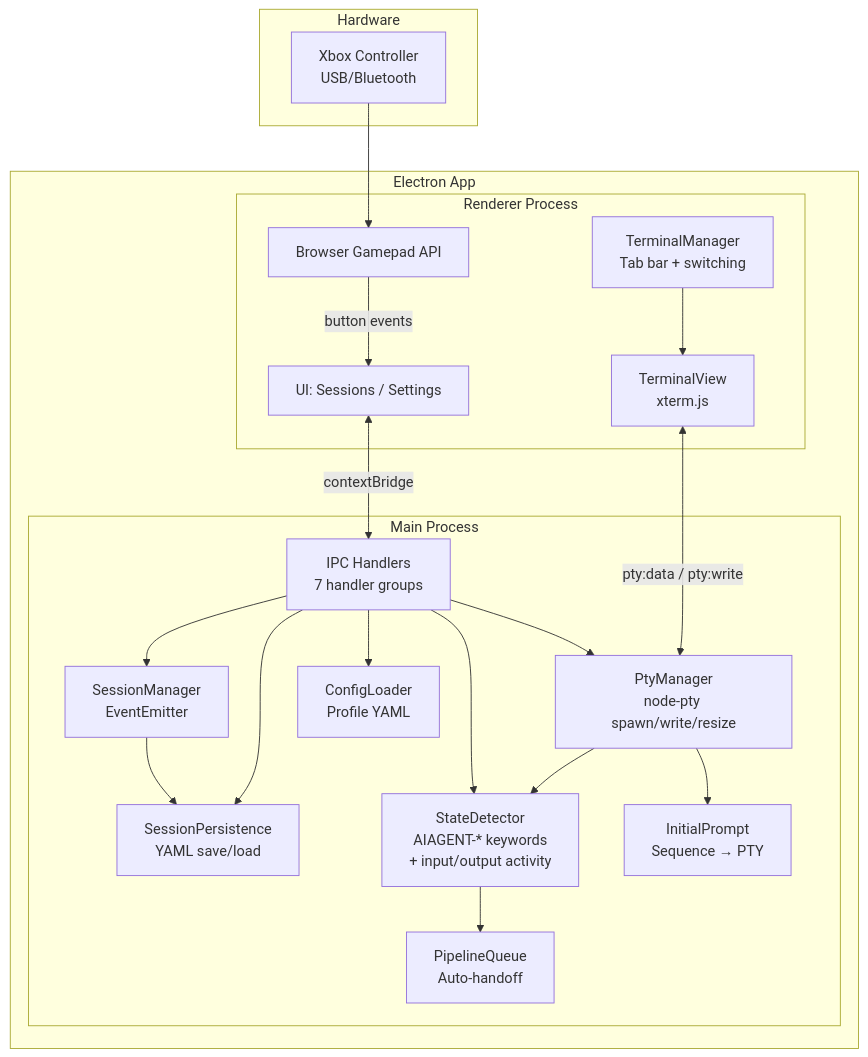
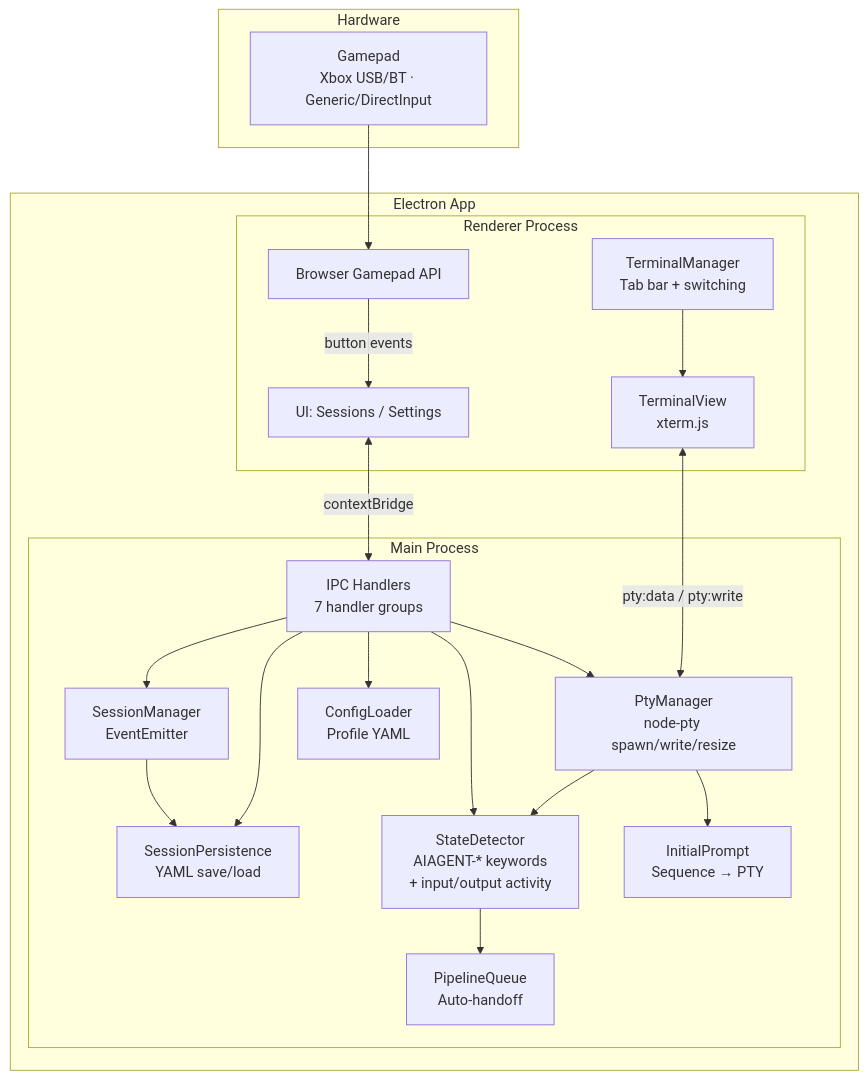
One commit to PetePeter/gamepad-cli-hub changed the diagram in CLAUDE.md. Above: the diagram before and after it, drawn with Mermaid. The commit also changed other lines of this file and 12 other files, not shown here.

First line of the commit message:
feat: generic gamepad D-pad support + telegram output cleanup

````diff
--- a/CLAUDE.md
+++ b/CLAUDE.md
@@ -9,42 +9,42 @@
 ```mermaid
 graph TB
     subgraph Hardware
-        XC[Xbox Controller<br/>USB/Bluetooth]
+        XC[Gamepad<br/>Xbox USB/BT · Generic/DirectInput]
     end
 
     subgraph "Electron App"
         subgraph "Renderer Process"
             UI[UI: Sessions / Settings]
             BGA[Browser Gamepad API]
             TM[TerminalManager<br/>Tab bar + switching]
             TV[TerminalView<br/>xterm.js]
         end
 
         subgraph "Main Process"
             IPC[IPC Handlers<br/>7 handler groups]
             SM[SessionManager<br/>EventEmitter]
             SP[SessionPersistence<br/>YAML save/load]
             PTY[PtyManager<br/>node-pty spawn/write/resize]
             SD[StateDetector<br/>AIAGENT-* keywords<br/>+ input/output activity]
             PQ[PipelineQueue<br/>Auto-handoff]
             IP[InitialPrompt<br/>Sequence → PTY]
             CL[ConfigLoader<br/>Profile YAML]
         end
 
         UI <-->|contextBridge| IPC
         BGA -->|button events| UI
         TM --> TV
         TV <-->|pty:data / pty:write| PTY
     end
 
     XC --> BGA
     IPC --> SM
     IPC --> SP
     IPC --> PTY
     IPC --> CL
     SM --> SP
     PTY --> SD
     IPC --> SD
     SD --> PQ
     PTY --> IP
 ```
````
